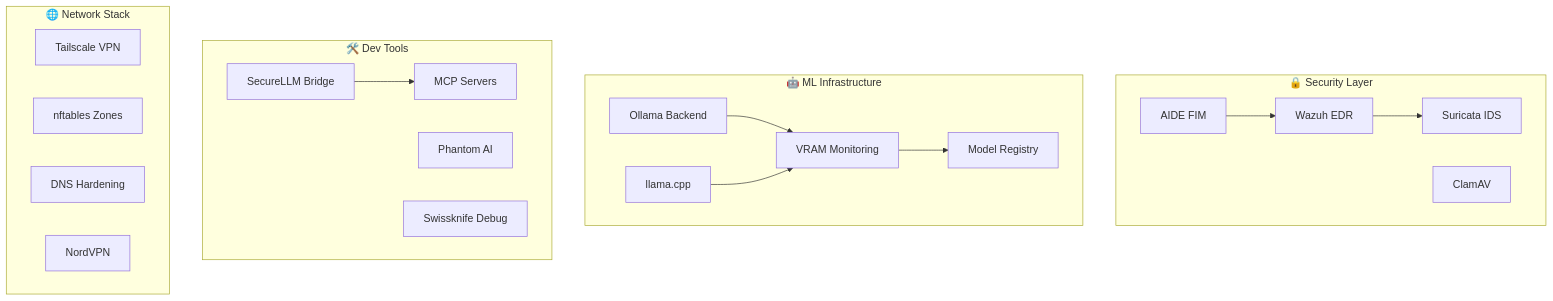
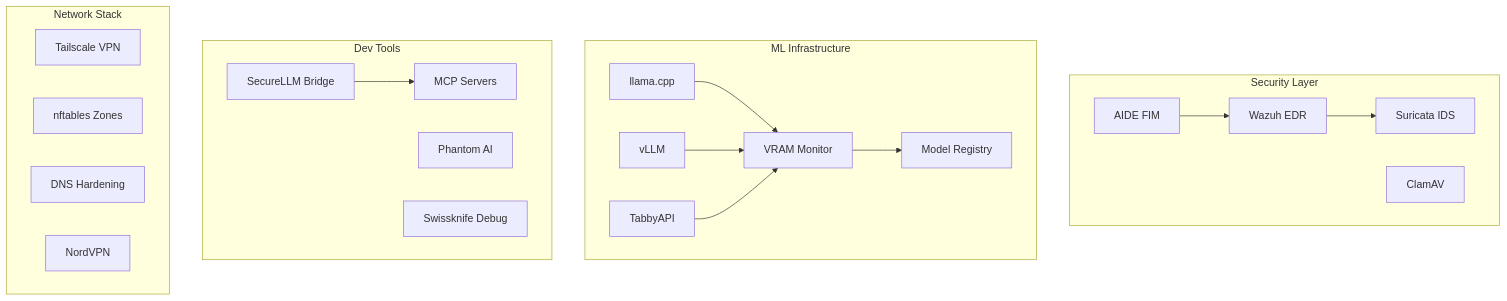
The diagram in README.md (VoidNxSEC/nixos), drawn with Mermaid before and after one commit. The commit also changed other lines of this file, not shown here.

````diff
--- a/README.md
+++ b/README.md
@@ -35,37 +28,39 @@
 ```mermaid
 graph TB
-    subgraph "🔒 Security Layer"
+    subgraph "Security Layer"
         AIDE[AIDE FIM]
         ClamAV[ClamAV]
         Wazuh[Wazuh EDR]
         Suricata[Suricata IDS]
     end
 
-    subgraph "🤖 ML Infrastructure"
-        Ollama[Ollama Backend]
+    subgraph "ML Infrastructure"
         LlamaCPP[llama.cpp]
-        VRAM[VRAM Monitoring]
+        vLLM[vLLM]
+        TabbyAPI[TabbyAPI]
+        VRAM[VRAM Monitor]
         Registry[Model Registry]
     end
 
-    subgraph "🛠️ Dev Tools"
+    subgraph "Dev Tools"
         SecureLLM[SecureLLM Bridge]
         MCP[MCP Servers]
         Phantom[Phantom AI]
         Swissknife[Swissknife Debug]
     end
 
-    subgraph "🌐 Network Stack"
+    subgraph "Network Stack"
         Tailscale[Tailscale VPN]
         Firewall[nftables Zones]
         DNS[DNS Hardening]
         NordVPN[NordVPN]
     end
 
-    Ollama --> VRAM
     LlamaCPP --> VRAM
+    vLLM --> VRAM
+    TabbyAPI --> VRAM
     VRAM --> Registry
     SecureLLM --> MCP
     Wazuh --> Suricata
     AIDE --> Wazuh
 ```
````
